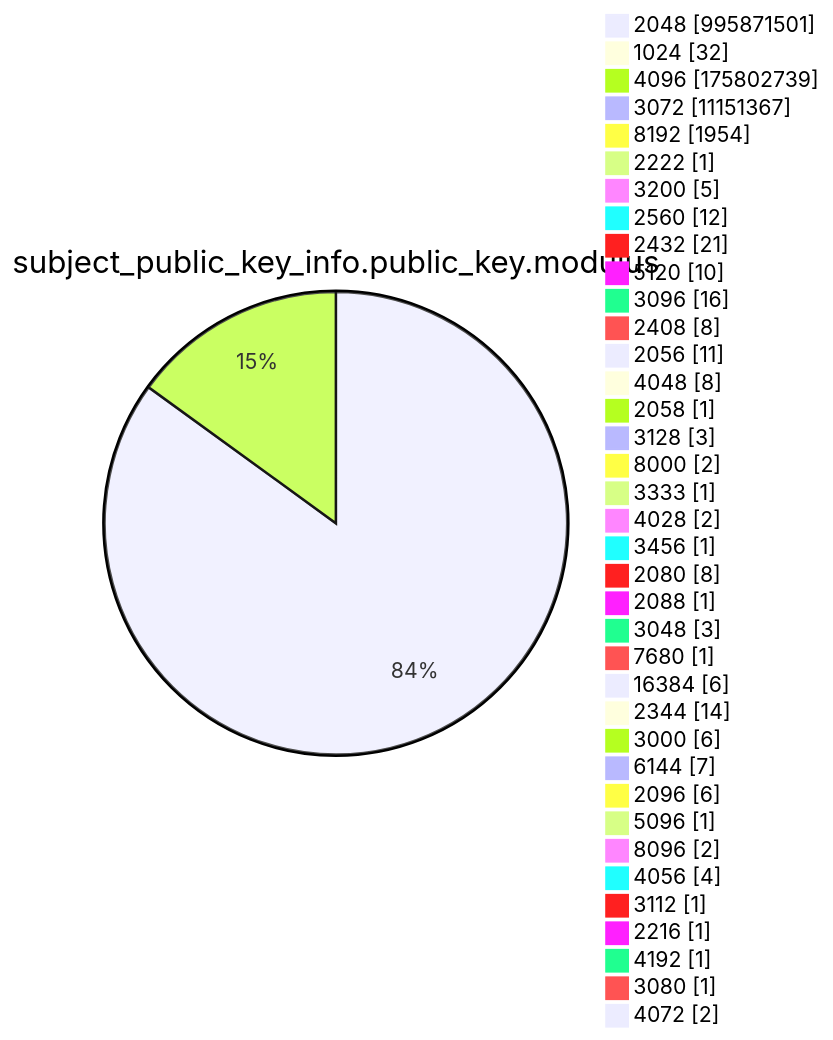
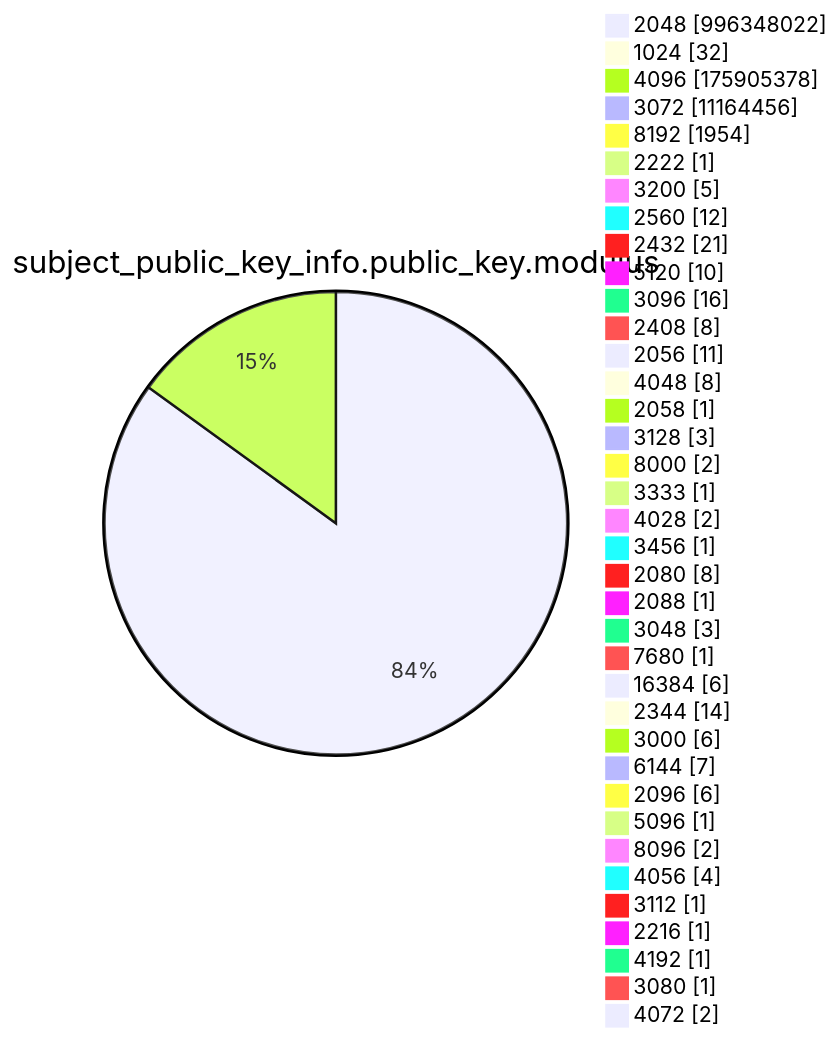
One commit to christiankrug/ctmonitor_visualization changed diagram 13 of 15 in argon2022/README.md. Above: the diagram before and after it, drawn with Mermaid. The commit also changed other lines of this file, not shown here.

````diff
--- a/argon2022/README.md
+++ b/argon2022/README.md
@@ -3587,41 +3587,41 @@
 ```mermaid
 pie showData
 title subject_public_key_info.public_key.modulus
-"2048" :995871501
+"2048" :996348022
 "1024" :32
-"4096" :175802739
-"3072" :11151367
+"4096" :175905378
+"3072" :11164456
 "8192" :1954
 "2222" :1
 "3200" :5
 "2560" :12
 "2432" :21
 "5120" :10
 "3096" :16
 "2408" :8
 "2056" :11
 "4048" :8
 "2058" :1
 "3128" :3
 "8000" :2
 "3333" :1
 "4028" :2
 "3456" :1
 "2080" :8
 "2088" :1
 "3048" :3
 "7680" :1
 "16384" :6
 "2344" :14
 "3000" :6
 "6144" :7
 "2096" :6
 "5096" :1
 "8096" :2
 "4056" :4
 "3112" :1
 "2216" :1
 "4192" :1
 "3080" :1
 "4072" :2
 ```
````
